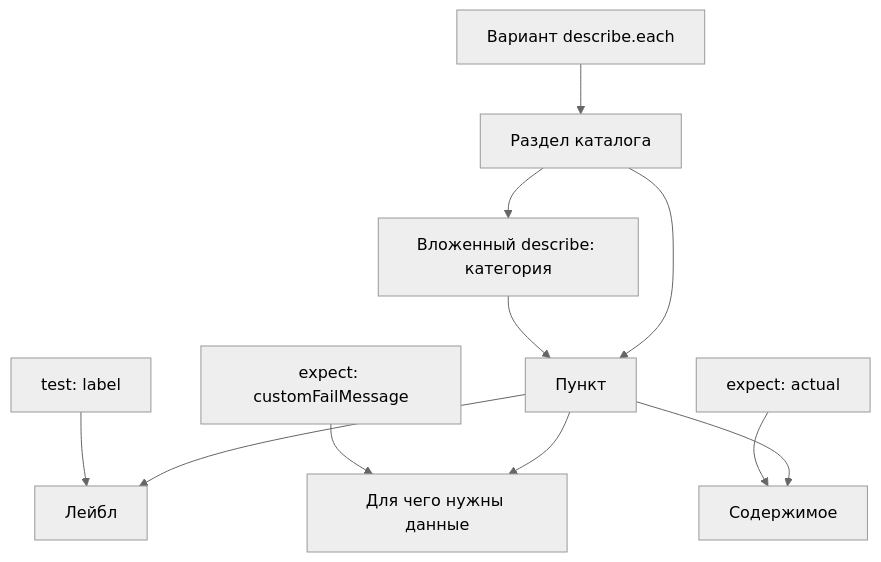
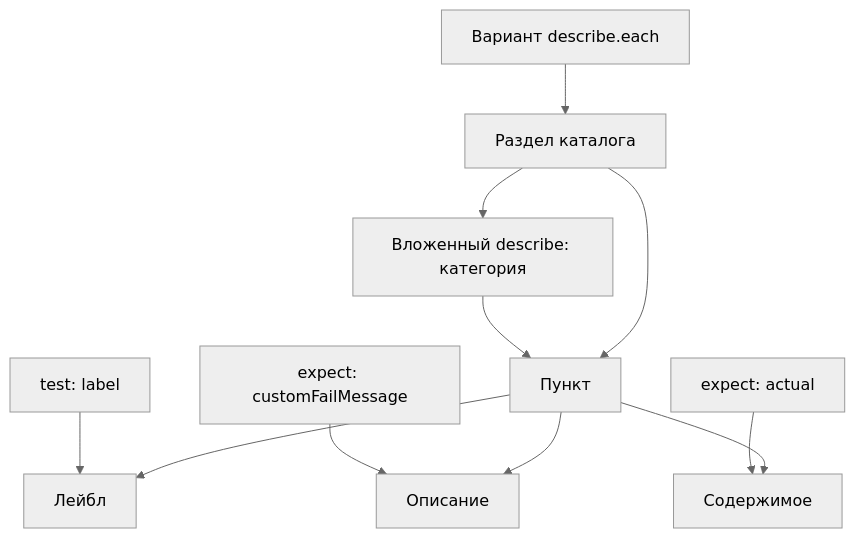
One commit to zavx0z/storybook changed the diagram in archetypes/specs/scenarios/notes/presentation.md. Above: the diagram before and after it, drawn with Mermaid (neutral theme). The commit also changed other lines of this file and 18 other files, not shown here.

````diff
--- a/archetypes/specs/scenarios/notes/presentation.md
+++ b/archetypes/specs/scenarios/notes/presentation.md
@@ -22,13 +30,13 @@
 ```mermaid
 flowchart TD
   variant["Вариант describe.each"] --> catalog["Раздел каталога"]
   catalog --> category["Вложенный describe: категория"]
   category --> item["Пункт"]
   catalog --> item
   test["test: label"] --> label["Лейбл"]
-  message["expect: customFailMessage"] --> description["Для чего нужны данные"]
+  message["expect: customFailMessage"] --> description["Описание"]
   value["expect: actual"] --> content["Содержимое"]
   item --> label
   item --> description
   item --> content
 ```
````
